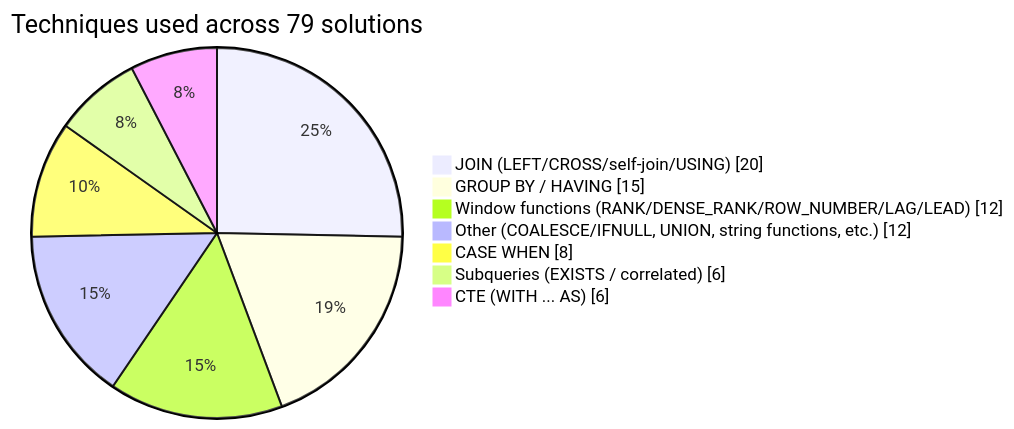
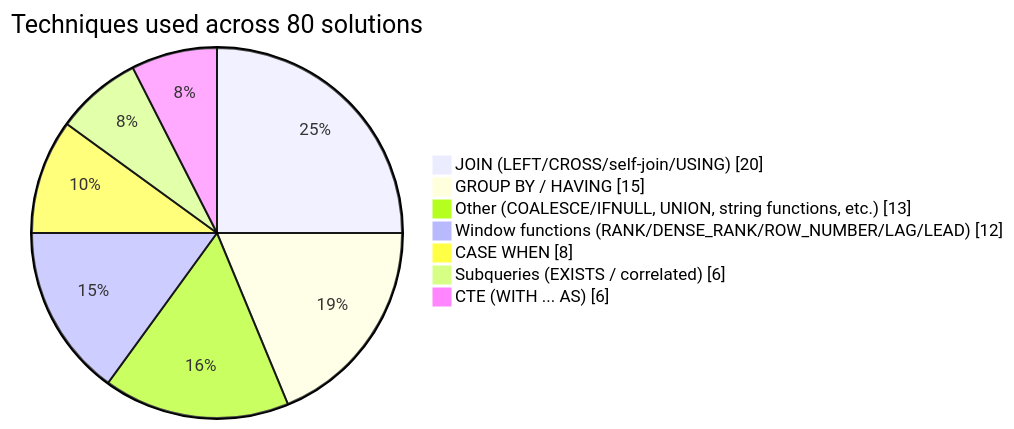
One commit to ruhlanrzayev/LeetCode_SQL_Problems changed the diagram in README.md. Above: the diagram before and after it, drawn with Mermaid. The commit also changed other lines of this file, not shown here.

Commit message:
chore: auto-update technique breakdown chart

````diff
--- a/README.md
+++ b/README.md
@@ -11,11 +11,11 @@
 ```mermaid
 pie showData
-    title Techniques used across 79 solutions
+    title Techniques used across 80 solutions
     "JOIN (LEFT/CROSS/self-join/USING)" : 20
     "GROUP BY / HAVING" : 15
+    "Other (COALESCE/IFNULL, UNION, string functions, etc.)" : 13
     "Window functions (RANK/DENSE_RANK/ROW_NUMBER/LAG/LEAD)" : 12
-    "Other (COALESCE/IFNULL, UNION, string functions, etc.)" : 12
     "CASE WHEN" : 8
     "Subqueries (EXISTS / correlated)" : 6
     "CTE (WITH ... AS)" : 6
 ```
````
